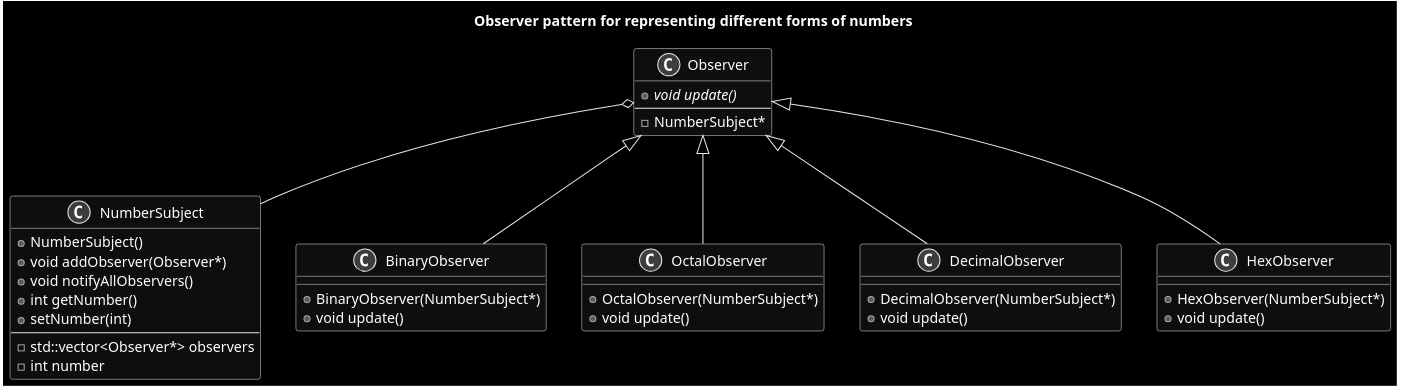
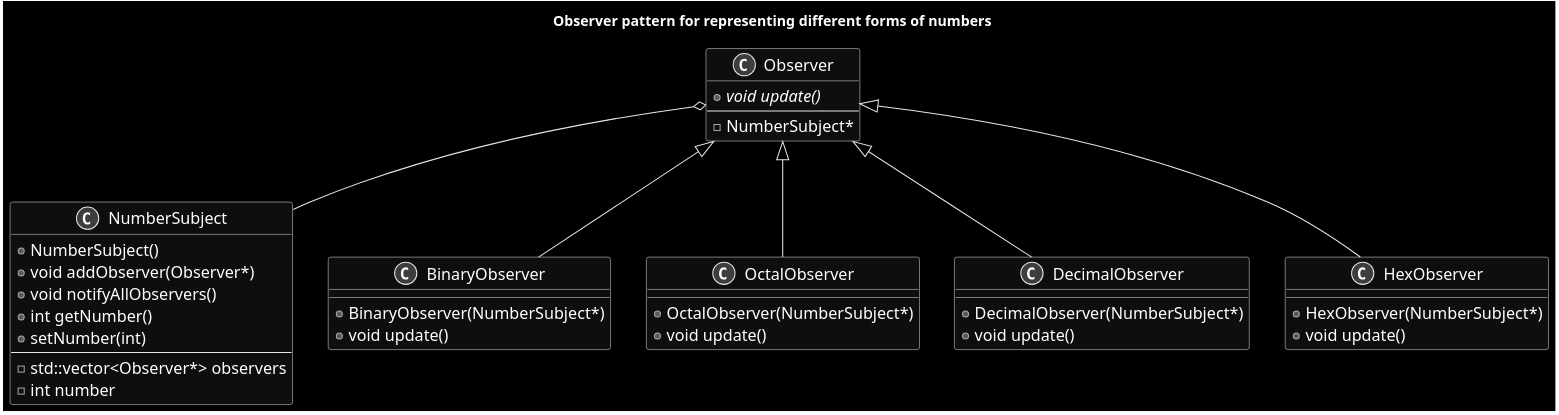
Before and after one commit to FriskySaga/InterviewingPractice: the diagram in DesignPatterns/Cpp/Observer/ObserverPattern.wsd, drawn with PlantUML. The commit also changed 1 other file, not shown here.

Commit message:
Increase font size

```diff
--- a/DesignPatterns/Cpp/Observer/ObserverPattern.wsd
+++ b/DesignPatterns/Cpp/Observer/ObserverPattern.wsd
@@ -1,56 +1,57 @@
 @startuml ObserverPattern
 
 skinparam Monochrome reverse
+skinparam defaultFontSize 16
 
 title Observer pattern for representing different forms of numbers
 
 class NumberSubject
 {
   + NumberSubject()
   + void addObserver(Observer*)
   + void notifyAllObservers()
   + int getNumber()
   + setNumber(int)
   --
   - std::vector<Observer*> observers
   - int number
 }
 
 class Observer
 {
   + {abstract} void update()
   --
   - NumberSubject*
 }
 
 class BinaryObserver
 {
   + BinaryObserver(NumberSubject*)
   + void update()
 }
 
 class OctalObserver
 {
   + OctalObserver(NumberSubject*)
   + void update()
 }
 
 class DecimalObserver
 {
   + DecimalObserver(NumberSubject*)
   + void update()
 }
 
 class HexObserver
 {
   + HexObserver(NumberSubject*)
   + void update()
 }
 
 Observer <|-- BinaryObserver
 Observer <|-- OctalObserver
 Observer <|-- DecimalObserver
 Observer <|-- HexObserver
 Observer o-- NumberSubject
 
 @enduml
```
